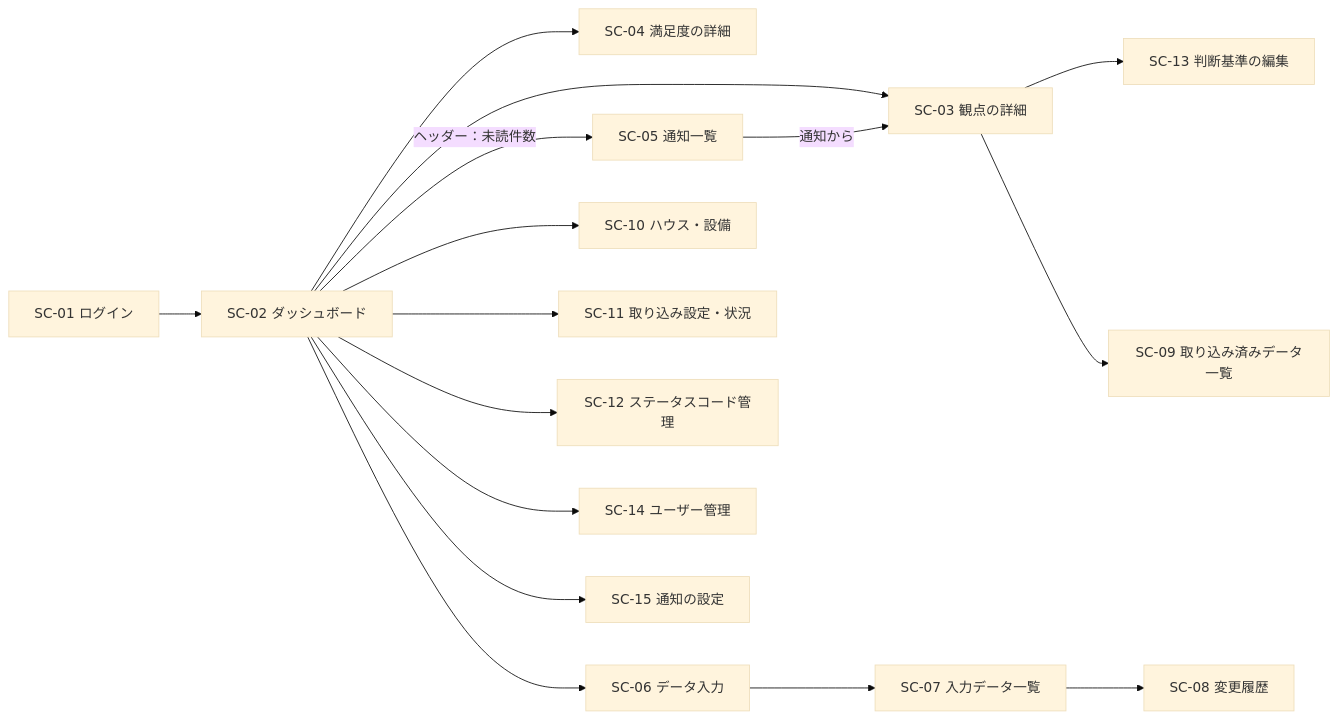
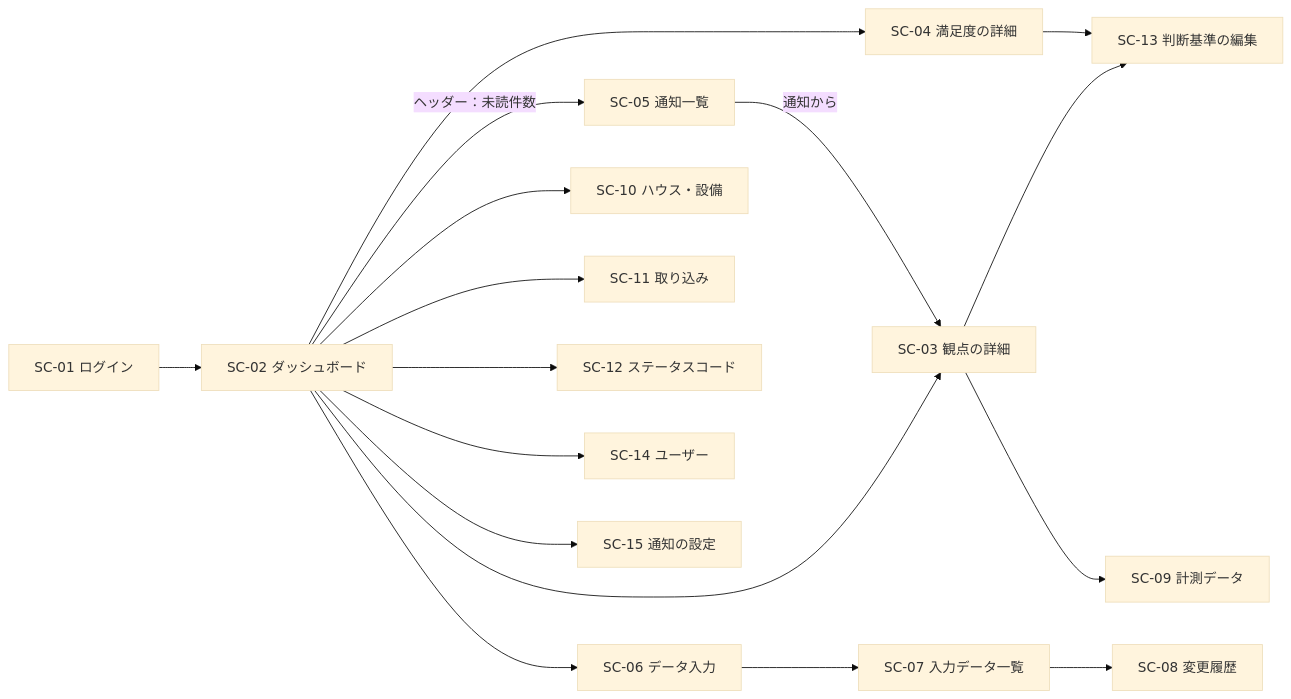
Before and after one commit to NS-APU/smart-farm-monitoring: the diagram in docs/10_design/functions/functional-specification.md, drawn with Mermaid (base theme). The commit also changed other lines of this file and 8 other files, not shown here.

First line of the commit message:
docs: 画面名の統一（取り込み・ステータスコード・ユーザー・計測データ）と、メニューの現在地の強調を、仕様書・用語集・テスト仕様書に反映する

````diff
--- a/docs/10_design/functions/functional-specification.md
+++ b/docs/10_design/functions/functional-specification.md
@@ -77,18 +77,19 @@
 ```mermaid
 flowchart LR
   SC01[SC-01 ログイン] --> SC02[SC-02 ダッシュボード]
   SC02 --> SC03[SC-03 観点の詳細]
   SC03 --> SC13[SC-13 判断基準の編集]
-  SC03 --> SC09[SC-09 取り込み済みデータ一覧]
+  SC03 --> SC09[SC-09 計測データ]
   SC02 --> SC04[SC-04 満足度の詳細]
+  SC04 --> SC13
   SC02 -->|ヘッダー：未読件数| SC05[SC-05 通知一覧]
   SC05 -->|通知から| SC03
   SC02 --> SC06[SC-06 データ入力]
   SC06 --> SC07[SC-07 入力データ一覧]
   SC07 --> SC08[SC-08 変更履歴]
   SC02 --> SC10[SC-10 ハウス・設備]
-  SC02 --> SC11[SC-11 取り込み設定・状況]
-  SC02 --> SC12[SC-12 ステータスコード管理]
-  SC02 --> SC14[SC-14 ユーザー管理]
+  SC02 --> SC11[SC-11 取り込み]
+  SC02 --> SC12[SC-12 ステータスコード]
+  SC02 --> SC14[SC-14 ユーザー]
   SC02 --> SC15[SC-15 通知の設定]
 ```
````
